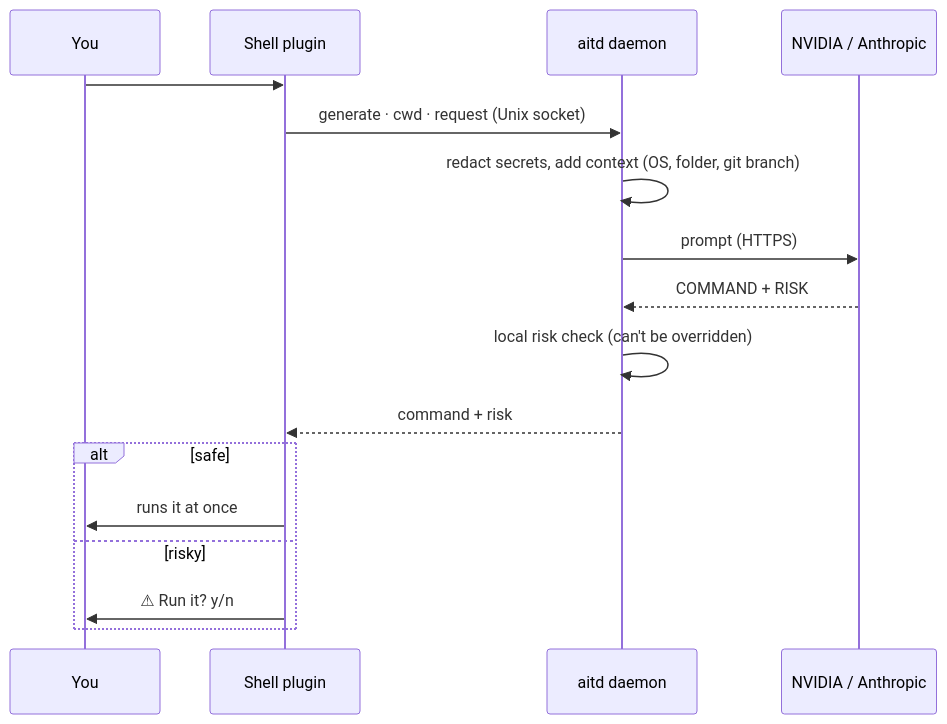
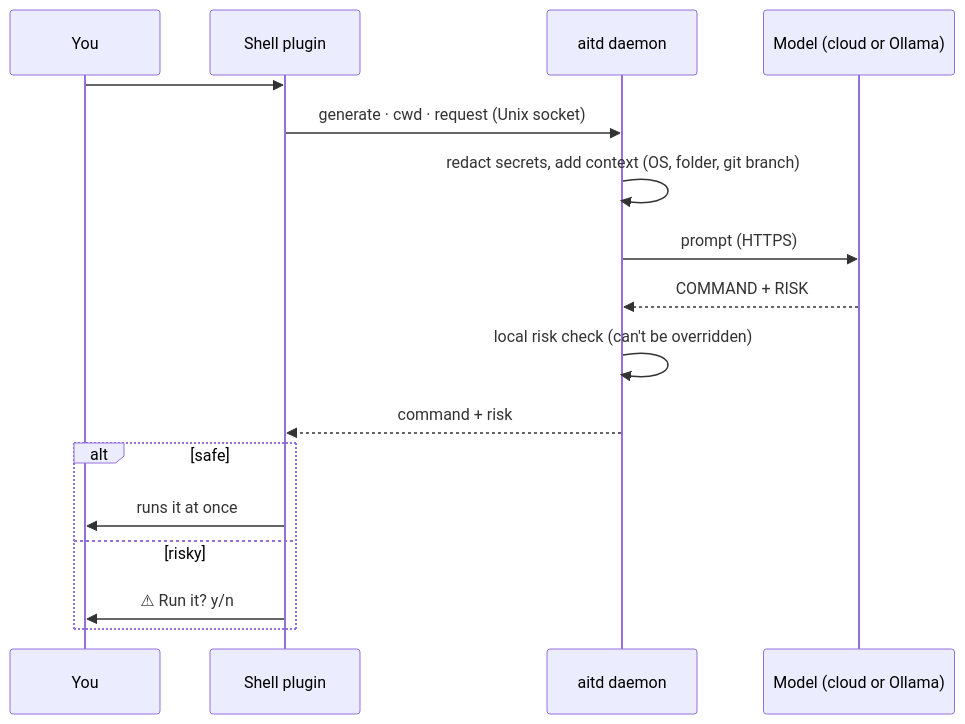
One commit to thejunghare/ai-terminal changed the second of 2 diagrams in README.md. Above: the diagram before and after it, drawn with Mermaid. The commit also changed other lines of this file and 7 other files, not shown here.

````diff
--- a/README.md
+++ b/README.md
@@ -255,19 +274,19 @@
 ```mermaid
 sequenceDiagram
     participant U as You
     participant P as Shell plugin
     participant D as aitd daemon
-    participant M as NVIDIA / Anthropic
+    participant M as Model (cloud or Ollama)
     U->>P: # make a folder ⏎
     P->>D: generate · cwd · request (Unix socket)
     D->>D: redact secrets, add context (OS, folder, git branch)
     D->>M: prompt (HTTPS)
     M-->>D: COMMAND + RISK
     D->>D: local risk check (can't be overridden)
     D-->>P: command + risk
     alt safe
         P->>U: runs it at once
     else risky
         P->>U: ⚠︎ Run it? y/n
     end
 ```
````
